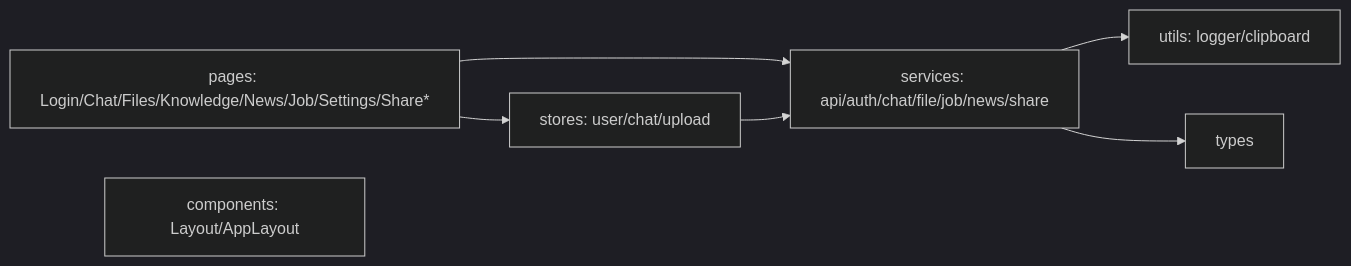
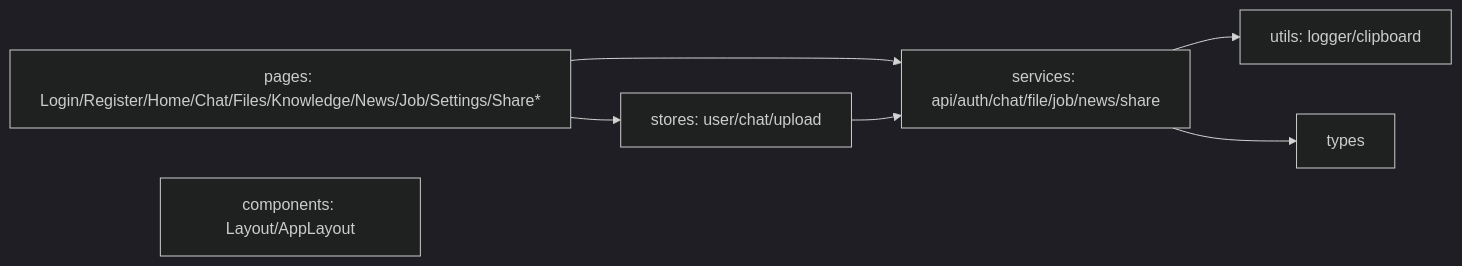
One commit to bozhang1214/SelfEvolvingKnowledgeBase changed the fourth of 4 diagrams in docs/tech/01-ARCHITECTURE.md. Above: the diagram before and after it, drawn with Mermaid (dark theme). The commit also changed other lines of this file and 28 other files, not shown here.

````diff
--- a/docs/tech/01-ARCHITECTURE.md
+++ b/docs/tech/01-ARCHITECTURE.md
@@ -133,14 +137,14 @@
 ```mermaid
 flowchart LR
-    P[pages: Login/Chat/Files/Knowledge/News/Job/Settings/Share*]
+    P[pages: Login/Register/Home/Chat/Files/Knowledge/News/Job/Settings/Share*]
     C[components: Layout/AppLayout]
     S[stores: user/chat/upload]
     SV[services: api/auth/chat/file/job/news/share]
     U[utils: logger/clipboard]
     T[types]
     P --> S
     P --> SV
     S --> SV
     SV --> U
     SV --> T
 ```
````
